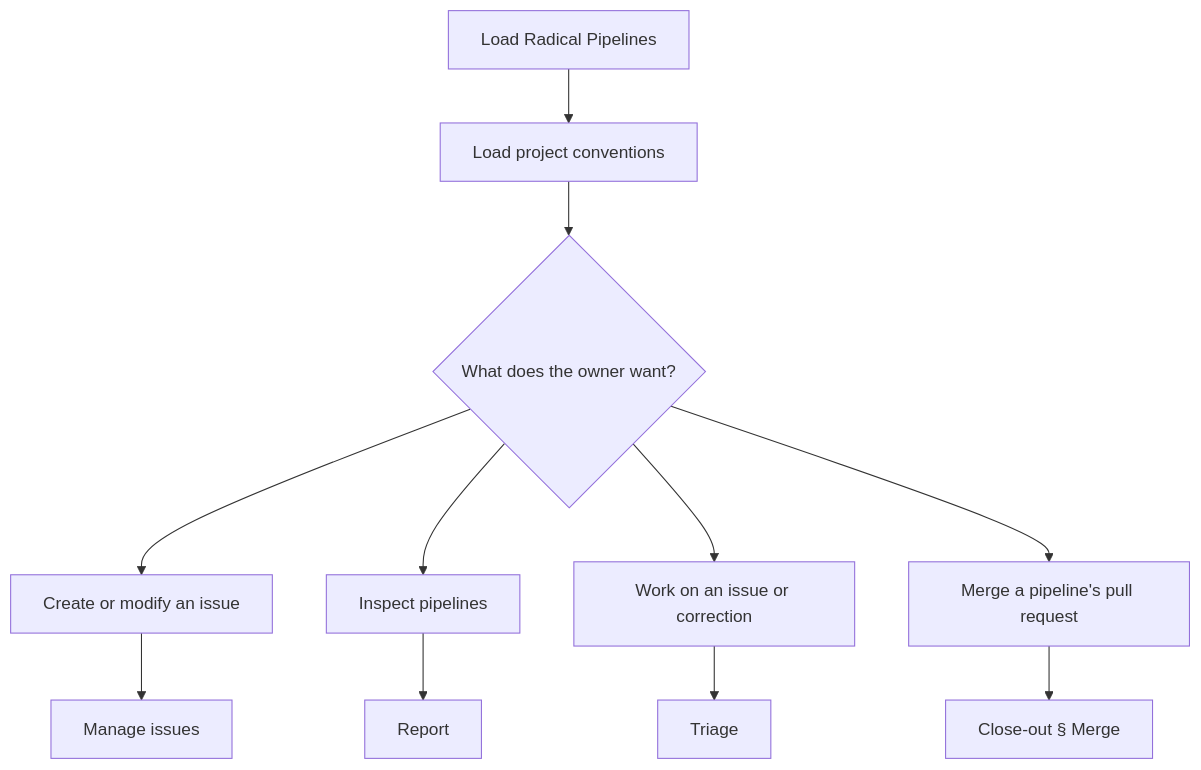
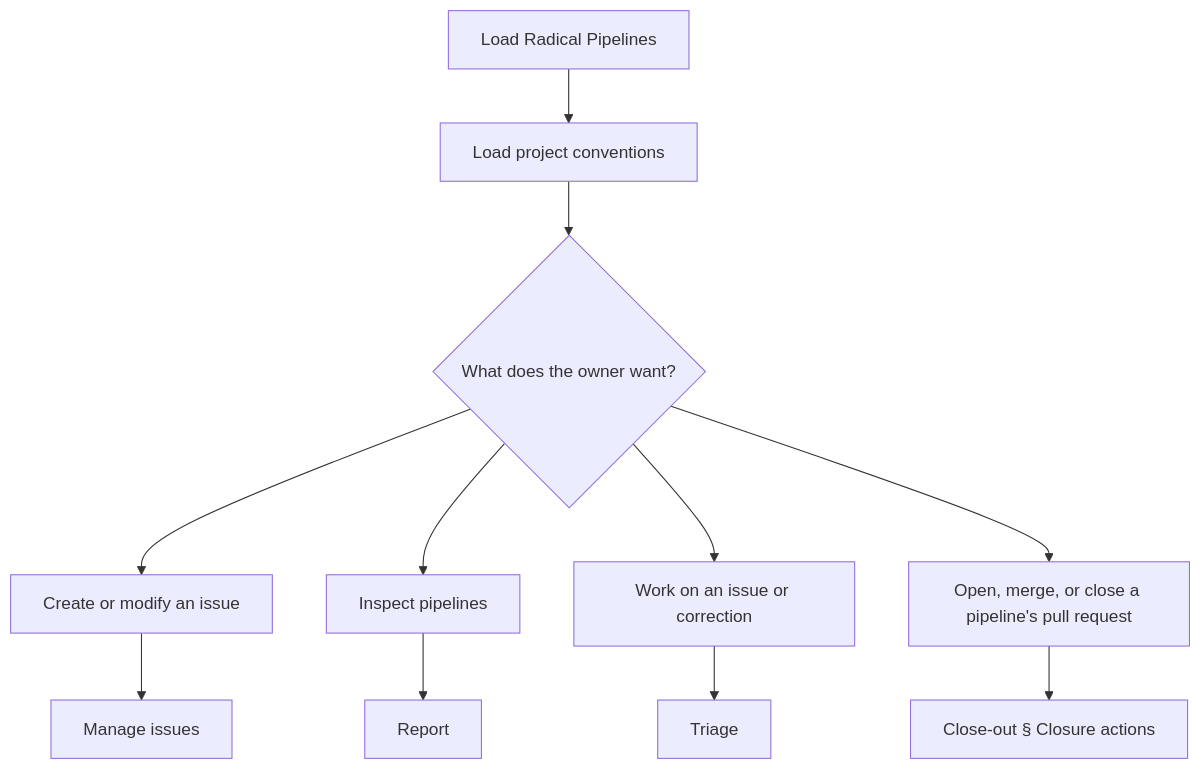
Before and after one commit to Automattic/radical-pipelines: the diagram in docs/flowcharts/entry.md, drawn with Mermaid. The commit also changed 7 other files, not shown here.

Commit message:
Synchronize orchestration flowcharts

````diff
--- a/docs/flowcharts/entry.md
+++ b/docs/flowcharts/entry.md
@@ -5,13 +5,13 @@
 ```mermaid
 flowchart TD
     A["Load Radical Pipelines"] --> B["Load project conventions"]
     B --> C{"What does the owner want?"}
     C --> D["Create or modify an issue"]
     C --> E["Inspect pipelines"]
     C --> F["Work on an issue or correction"]
-    C --> M["Merge a pipeline's pull request"]
+    C --> M["Open, merge, or close a pipeline's pull request"]
     D --> G["Manage issues"]
     E --> H["Report"]
     F --> I["Triage"]
-    M --> N["Close-out § Merge"]
+    M --> N["Close-out § Closure actions"]
 ```
````
